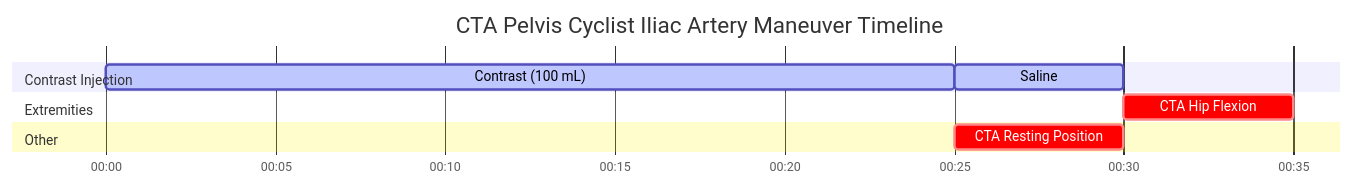
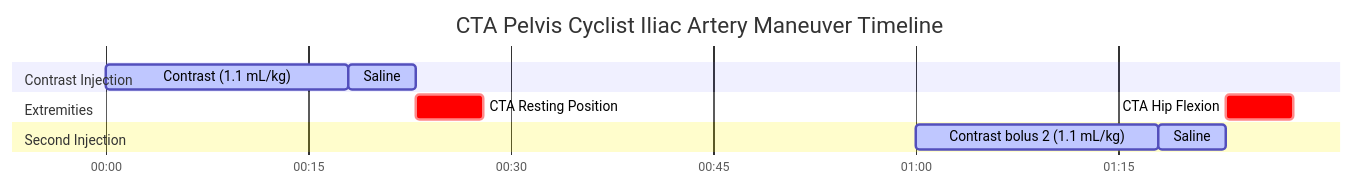
The diagram in docs/ct/vascular/cta-pelvis-cyclist-iliac-artery-maneuver.md (dfergs93/radiology-protocols), drawn with Mermaid before and after one commit. The commit also changed other lines of this file and 26 other files, not shown here.

````diff
--- a/docs/ct/vascular/cta-pelvis-cyclist-iliac-artery-maneuver.md
+++ b/docs/ct/vascular/cta-pelvis-cyclist-iliac-artery-maneuver.md
@@ -84,20 +85,22 @@
   ```mermaid
   ---
   displayMode: compact
   config:
     theme: default
     themeCSS: " #Saline{ fill: #4ed5ff; stroke: #2094f3; } "
   ---
     gantt
       title CTA Pelvis Cyclist Iliac Artery Maneuver Timeline
       dateFormat mm:ss
       axisFormat %M:%S 
       
       section Contrast Injection
-      Contrast (100 mL)    :active, contrast, 00:00, 25s
+      Contrast (1.1 mL/kg)    :active, contrast, 00:00, 18s
       Saline          :active, saline, after contrast, 5s
       section Extremities
-      CTA Hip Flexion    :crit, scan1, after saline, 5s
-      section Other
-      CTA Resting Position    :crit, scan2, after contrast, 5s
+      CTA Resting Position    :crit, scan1, after saline, 5s
+      CTA Hip Flexion    :crit, scan2, after saline2, 5s
+      section Second Injection
+      Contrast bolus 2 (1.1 mL/kg)  :active, contrast2, 01:00, 18s
+      Saline                  :active, saline2, after contrast2, 5s
   ```
````
